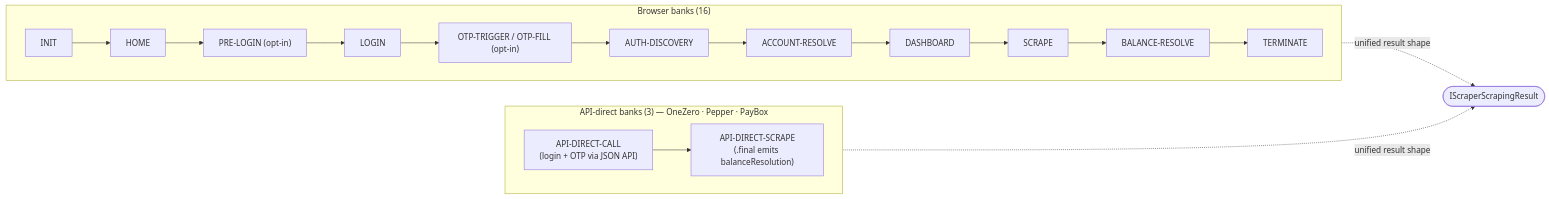
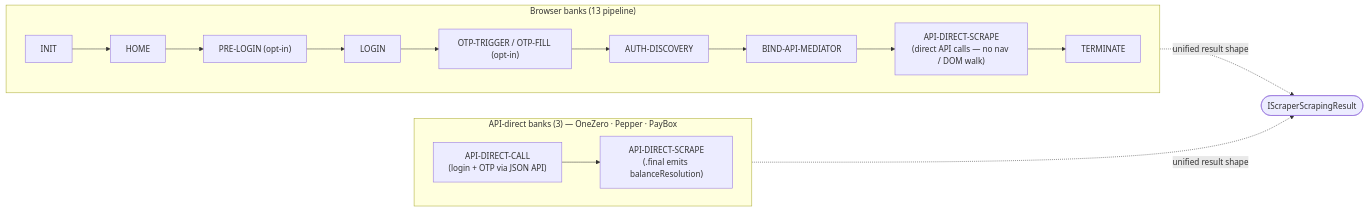
One commit to sergienko4/israeli-bank-scrapers changed the diagram in README.md. Above: the diagram before and after it, drawn with Mermaid. The commit also changed other lines of this file and 5 other files, not shown here.

First line of the commit message:
docs: direct-API-after-login pipeline for 8.6.0 (#415)

````diff
--- a/README.md
+++ b/README.md
@@ -31,23 +31,21 @@
 ```mermaid
 flowchart LR
-    subgraph BB["Browser banks (16)"]
+    subgraph BB["Browser banks (13 pipeline)"]
       direction LR
       INIT --> HOME --> PRELOGIN["PRE-LOGIN (opt-in)"]
       PRELOGIN --> LOGIN
       LOGIN --> OTP["OTP-TRIGGER / OTP-FILL (opt-in)"]
       OTP --> AUTH["AUTH-DISCOVERY"]
-      AUTH --> ACCT["ACCOUNT-RESOLVE"]
-      ACCT --> DASH["DASHBOARD"]
-      DASH --> SCRAPE
-      SCRAPE --> BAL["BALANCE-RESOLVE"]
-      BAL --> TERM["TERMINATE"]
+      AUTH --> BIND["BIND-API-MEDIATOR"]
+      BIND --> SCRAPE["API-DIRECT-SCRAPE<br/>(direct API calls — no nav / DOM walk)"]
+      SCRAPE --> TERM["TERMINATE"]
     end
 
     subgraph API["API-direct banks (3) — OneZero · Pepper · PayBox"]
       direction LR
       CALL["API-DIRECT-CALL<br/>(login + OTP via JSON API)"] --> SCR["API-DIRECT-SCRAPE<br/>(.final emits balanceResolution)"]
     end
 
     BB -.->|"unified result shape"| RESULT(["IScraperScrapingResult"])
     API -.->|"unified result shape"| RESULT
 ```
````
